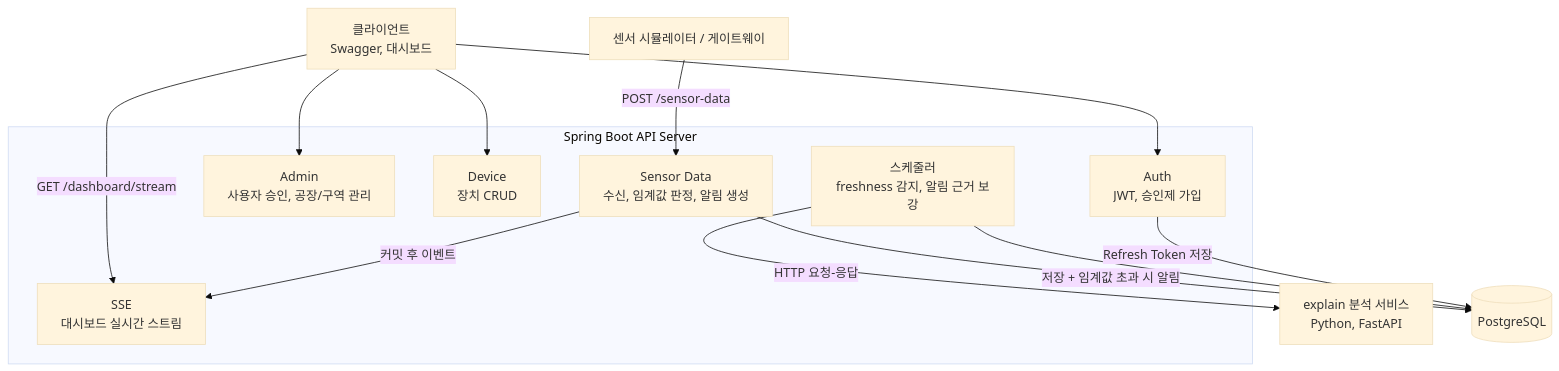
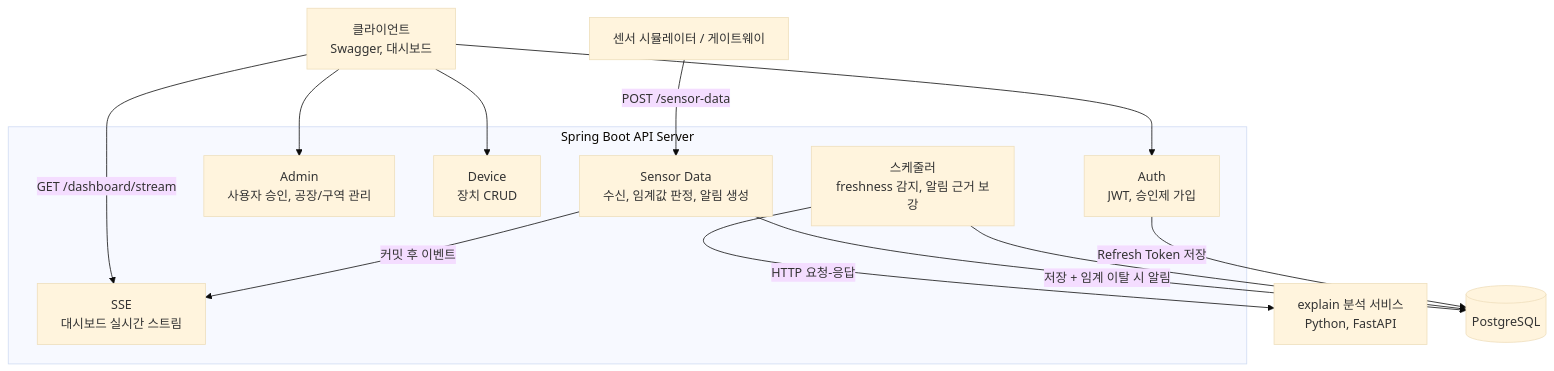
The second of 3 diagrams in README.md (YEONJI-P/iot-sensor-platform), drawn with Mermaid (base theme) before and after one commit. The commit also changed other lines of this file, not shown here.

````diff
--- a/README.md
+++ b/README.md
@@ -90,28 +90,28 @@
 ```mermaid
 graph TD
     SIM[센서 시뮬레이터 / 게이트웨이]
     CLI[클라이언트<br>Swagger, 대시보드]
 
     subgraph API[Spring Boot API Server]
         AUTH[Auth<br>JWT, 승인제 가입]
         ADMIN[Admin<br>사용자 승인, 공장/구역 관리]
         DEVICE[Device<br>장치 CRUD]
         SENSOR[Sensor Data<br>수신, 임계값 판정, 알림 생성]
         SSE[SSE<br>대시보드 실시간 스트림]
         SCHED[스케줄러<br>freshness 감지, 알림 근거 보강]
     end
 
     EXPLAIN[explain 분석 서비스<br>Python, FastAPI]
     DB[(PostgreSQL)]
 
     SIM -->|POST /sensor-data| SENSOR
     CLI --> AUTH
     CLI --> ADMIN
     CLI --> DEVICE
     CLI -->|GET /dashboard/stream| SSE
-    SENSOR -->|저장 + 임계값 초과 시 알림| DB
+    SENSOR -->|저장 + 임계 이탈 시 알림| DB
     SENSOR -->|커밋 후 이벤트| SSE
     SCHED -->|HTTP 요청-응답| EXPLAIN
     SCHED --> DB
     AUTH -->|Refresh Token 저장| DB
 ```
````
